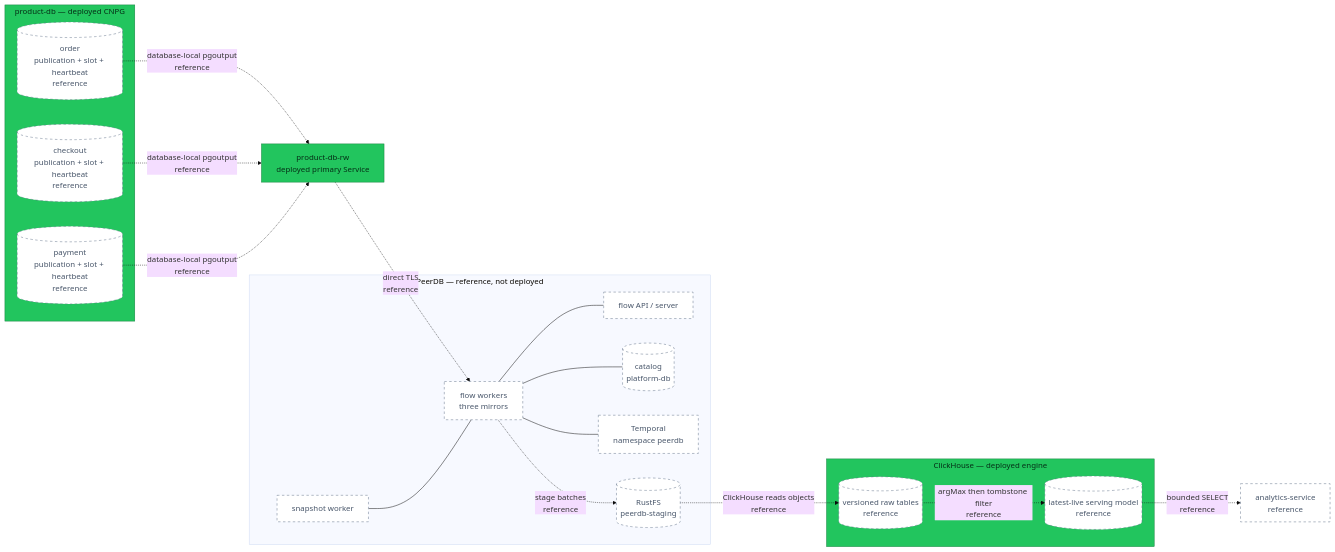
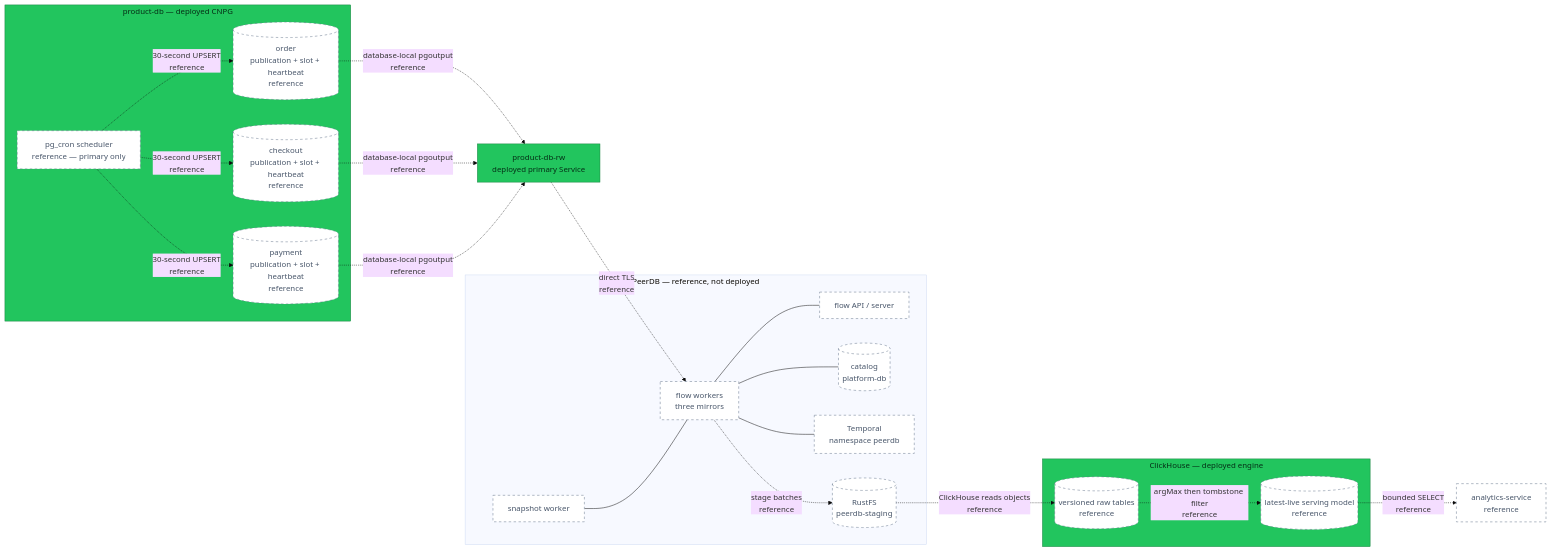
One commit to duyne-me/monitoring changed the first of 2 diagrams in docs/proposals/rfc/RFC-0030/research.md. Above: the diagram before and after it, drawn with Mermaid (base theme). The commit also changed other lines of this file and 3 other files, not shown here.

````diff
--- a/docs/proposals/rfc/RFC-0030/research.md
+++ b/docs/proposals/rfc/RFC-0030/research.md
@@ -121,40 +122,42 @@
 ```mermaid
 flowchart LR
   subgraph PG["product-db — deployed CNPG"]
+    CRON["pg_cron scheduler<br/>reference — primary only"]
     ORD[("order<br/>publication + slot + heartbeat<br/>reference")]
     CHECK[("checkout<br/>publication + slot + heartbeat<br/>reference")]
     PAY[("payment<br/>publication + slot + heartbeat<br/>reference")]
   end
 
   RW["product-db-rw<br/>deployed primary Service"]
 
   subgraph PDB["PeerDB — reference, not deployed"]
     FLOW["flow workers<br/>three mirrors"]
     SNAP["snapshot worker"]
     CTRL["flow API / server"]
     CAT[("catalog<br/>platform-db")]
     TEMP["Temporal<br/>namespace peerdb"]
     STAGE[("RustFS<br/>peerdb-staging")]
   end
 
   subgraph CH["ClickHouse — deployed engine"]
     RAW[("versioned raw tables<br/>reference")]
     SERVE[("latest-live serving model<br/>reference")]
   end
 
   API["analytics-service<br/>reference"]
 
+  CRON -.->|"30-second UPSERT<br/>reference"| ORD & CHECK & PAY
   ORD & CHECK & PAY -.->|"database-local pgoutput<br/>reference"| RW
   RW -.->|"direct TLS<br/>reference"| FLOW
   SNAP --- FLOW
   FLOW --- CTRL & CAT & TEMP
   FLOW -.->|"stage batches<br/>reference"| STAGE
   STAGE -.->|"ClickHouse reads objects<br/>reference"| RAW
   RAW -.->|"argMax then tombstone filter<br/>reference"| SERVE
   SERVE -.->|"bounded SELECT<br/>reference"| API
 
   classDef data fill:#22c55e,color:#052e16,stroke:#15803d;
   classDef planned fill:#fff,color:#475569,stroke:#64748b,stroke-dasharray:5 5;
   class RW,PG,CH data;
-  class ORD,CHECK,PAY,FLOW,SNAP,CTRL,CAT,TEMP,STAGE,RAW,SERVE,API planned;
+  class CRON,ORD,CHECK,PAY,FLOW,SNAP,CTRL,CAT,TEMP,STAGE,RAW,SERVE,API planned;
 ```
````
